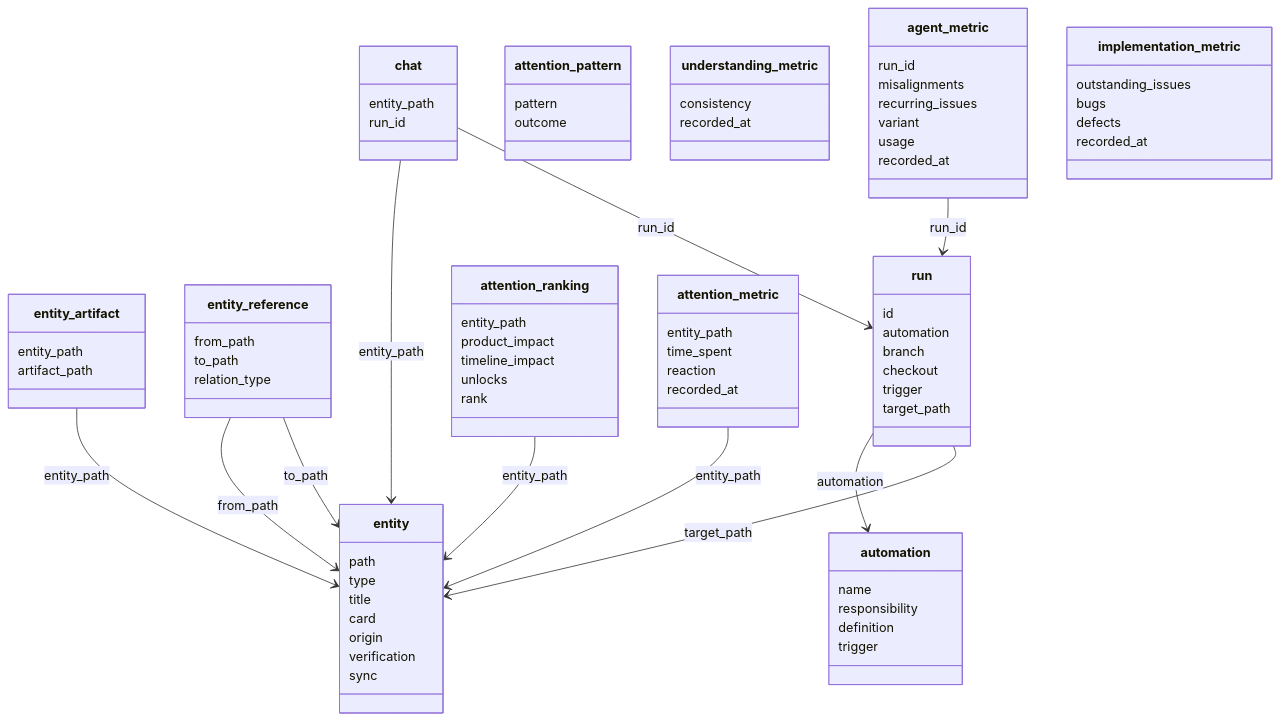
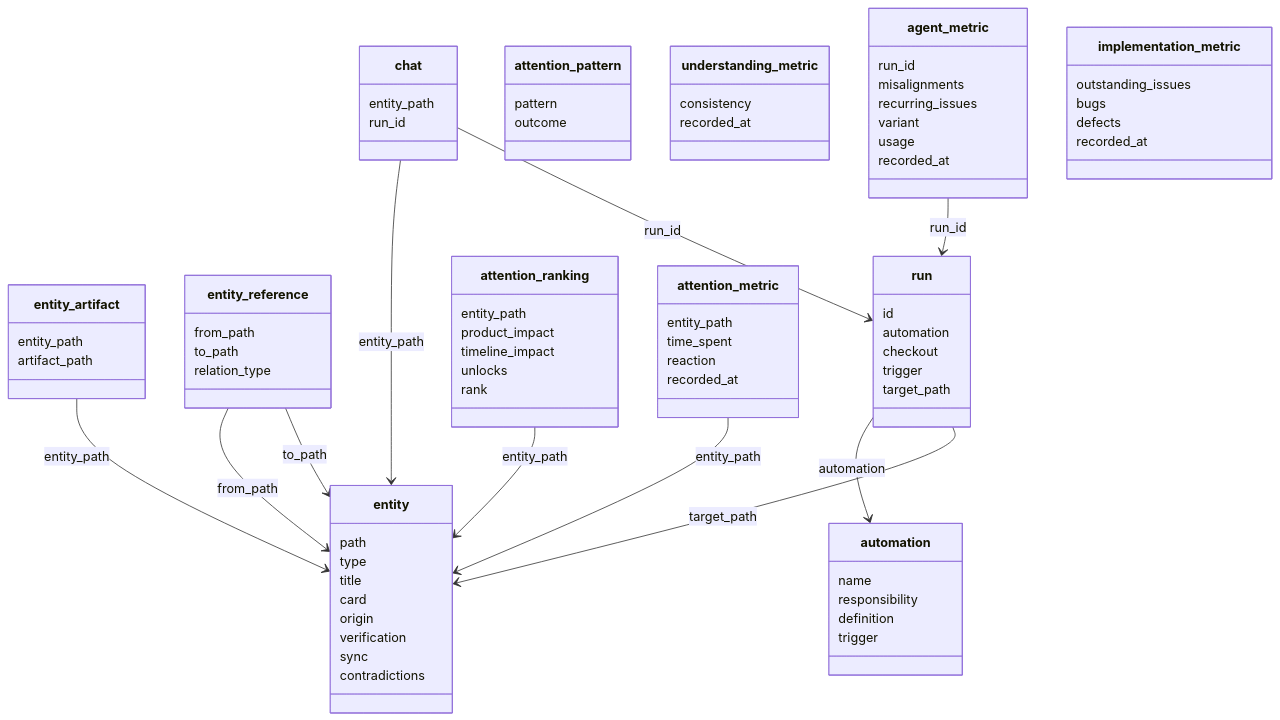
One commit to Aleksander1111/momentum changed the diagram in docs/diagrams/11-database.md. Above: the diagram before and after it, drawn with Mermaid. The commit also changed 67 other files, not shown here.

```diff
--- a/docs/diagrams/11-database.md
+++ b/docs/diagrams/11-database.md
@@ -12,6 +12,7 @@
     origin
     verification
     sync
+    contradictions
   }
   class entity_artifact {
     entity_path
@@ -35,7 +36,6 @@
   class run {
     id
     automation
-    branch
     checkout
     trigger
     target_path
```
